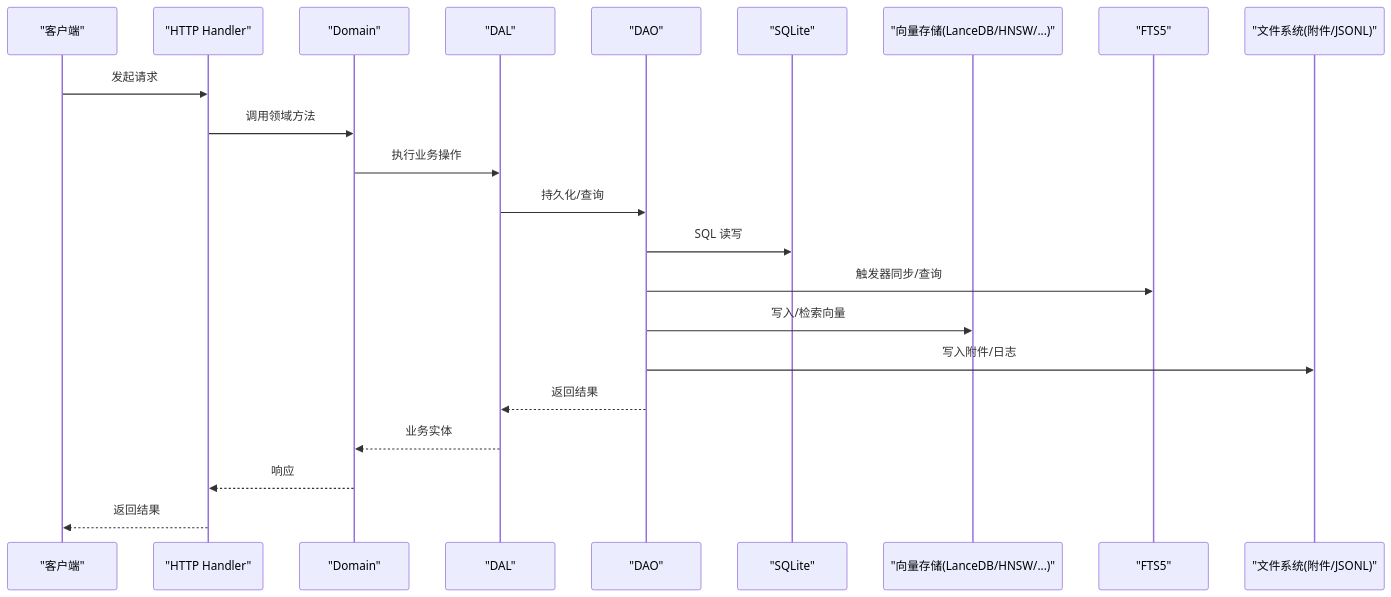
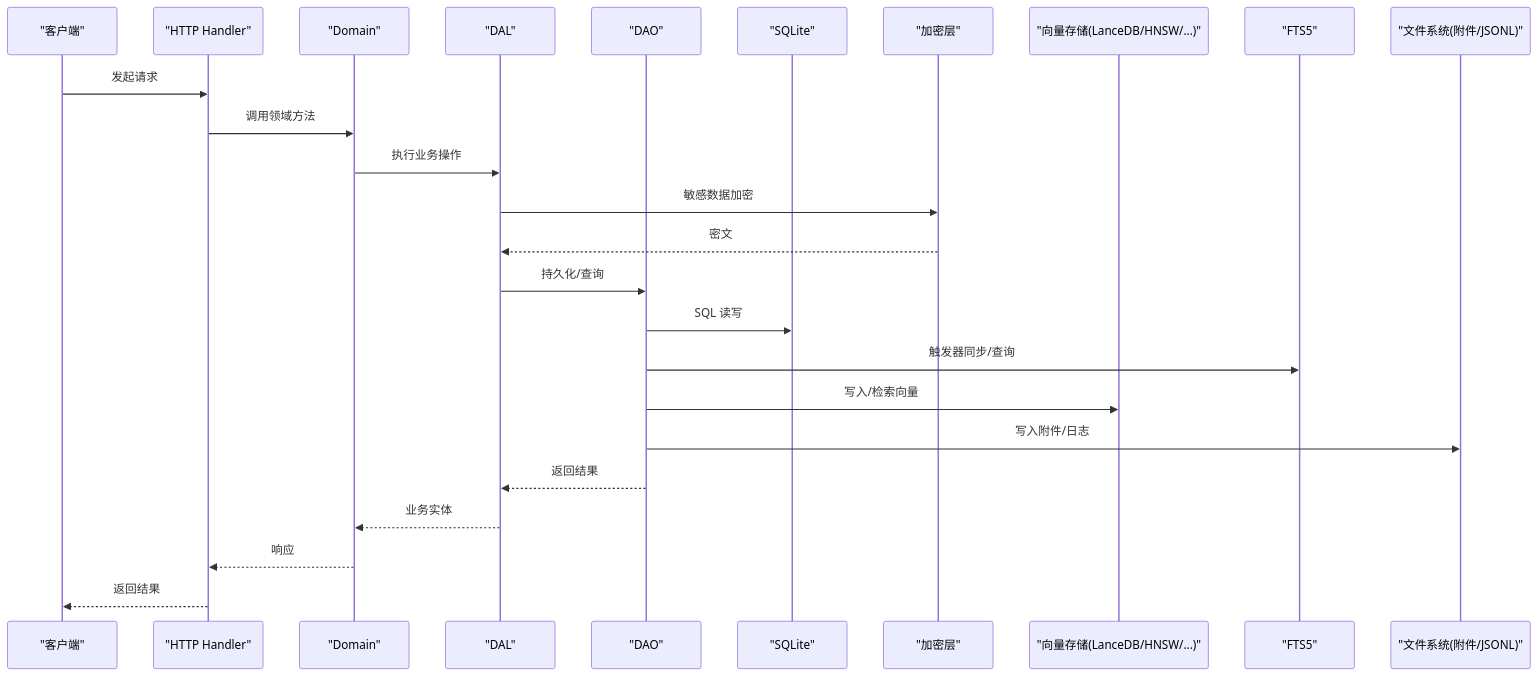
The second of 9 diagrams in .qoder/repowiki/zh/content/架构设计/数据存储架构.md (runningcoders/ai_orz), drawn with Mermaid before and after one commit. The commit also changed other lines of this file and 9 other files, not shown here.

````diff
--- a/.qoder/repowiki/zh/content/架构设计/数据存储架构.md
+++ b/.qoder/repowiki/zh/content/架构设计/数据存储架构.md
@@ -75,24 +94,27 @@
 ```mermaid
 sequenceDiagram
 participant Client as "客户端"
 participant Handler as "HTTP Handler"
 participant Domain as "Domain"
 participant DAL as "DAL"
 participant DAO as "DAO"
 participant DB as "SQLite"
+participant Crypto as "加密层"
 participant VStore as "向量存储(LanceDB/HNSW/...)"
 participant FTS as "FTS5"
 participant FS as "文件系统(附件/JSONL)"
 Client->>Handler : 发起请求
 Handler->>Domain : 调用领域方法
 Domain->>DAL : 执行业务操作
+DAL->>Crypto : 敏感数据加密
+Crypto-->>DAL : 密文
 DAL->>DAO : 持久化/查询
 DAO->>DB : SQL 读写
 DAO->>FTS : 触发器同步/查询
 DAO->>VStore : 写入/检索向量
 DAO->>FS : 写入附件/日志
 DAO-->>DAL : 返回结果
 DAL-->>Domain : 业务实体
 Domain-->>Handler : 响应
 Handler-->>Client : 返回结果
 ```
````
